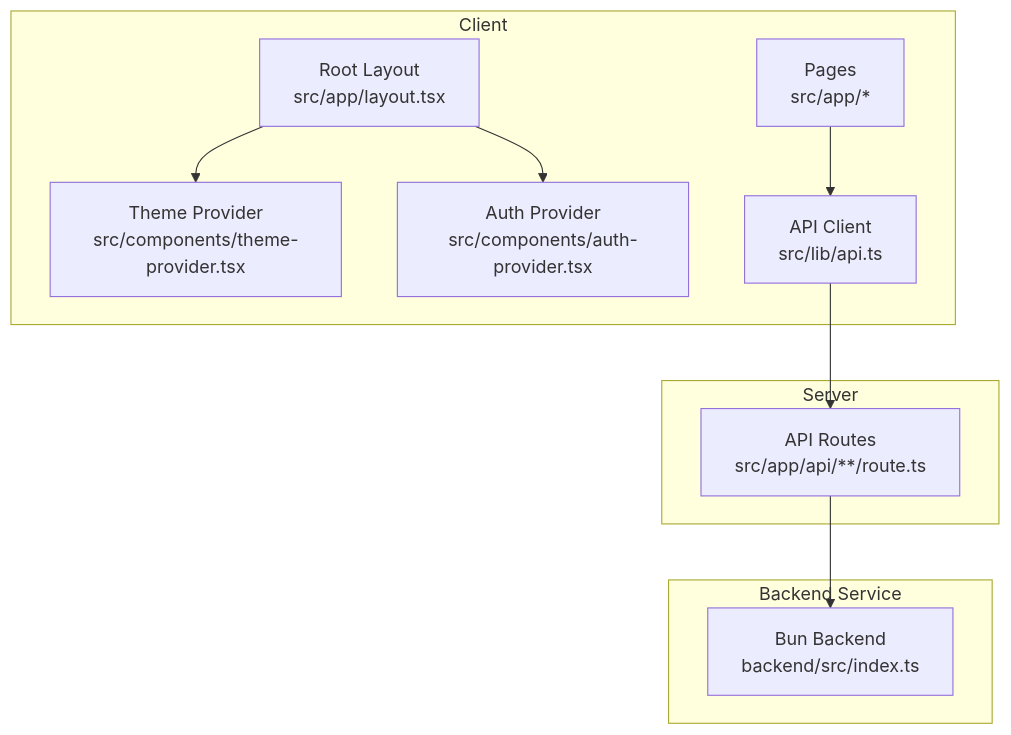
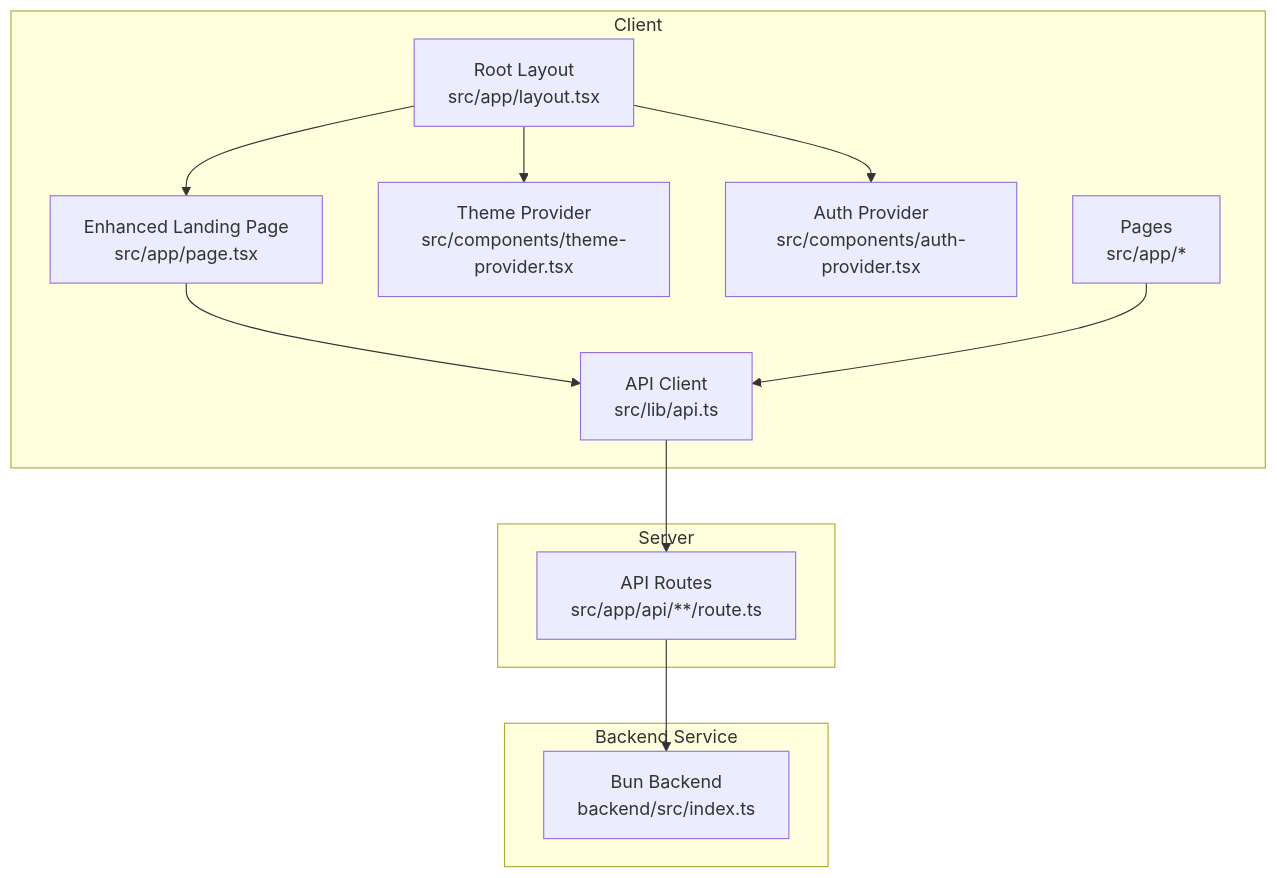
Before and after one commit to HassanAmeer/cheaprouter: the second of 8 diagrams in .qoder/repowiki/en/content/Frontend Architecture/Application Structure.md, drawn with Mermaid. The commit also changed other lines of this file and 10 other files, not shown here.

````diff
--- a/.qoder/repowiki/en/content/Frontend Architecture/Application Structure.md
+++ b/.qoder/repowiki/en/content/Frontend Architecture/Application Structure.md
@@ -172,21 +187,24 @@
 ```mermaid
 graph TB
 subgraph "Client"
 RL["Root Layout<br/>src/app/layout.tsx"]
+LP["Enhanced Landing Page<br/>src/app/page.tsx"]
 CP["Theme Provider<br/>src/components/theme-provider.tsx"]
 AP["Auth Provider<br/>src/components/auth-provider.tsx"]
 Pages["Pages<br/>src/app/*"]
 LibAPI["API Client<br/>src/lib/api.ts"]
 end
 subgraph "Server"
 APIRoutes["API Routes<br/>src/app/api/**/route.ts"]
 end
 subgraph "Backend Service"
 Backend["Bun Backend<br/>backend/src/index.ts"]
 end
 RL --> CP
 RL --> AP
+RL --> LP
+LP --> LibAPI
 Pages --> LibAPI
 LibAPI --> APIRoutes
 APIRoutes --> Backend
 ```
````
